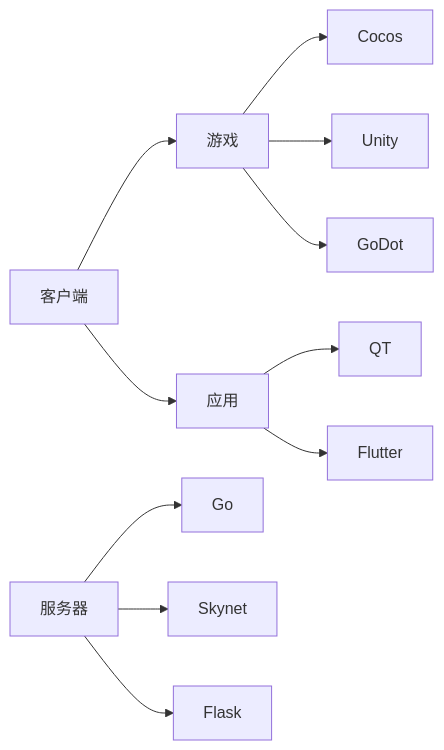
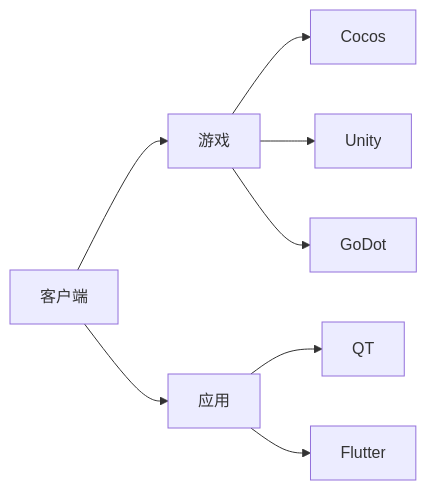
One commit to wfxx/wfxx changed the diagram in README.md. Above: the diagram before and after it, drawn with Mermaid. The commit also changed other lines of this file, not shown here.

````diff
--- a/README.md
+++ b/README.md
@@ -3,13 +3,10 @@
 ```mermaid
 graph LR
 客户端-->游戏
 游戏-->Cocos
 游戏-->Unity
 游戏-->GoDot
 客户端-->应用
 应用-->QT
 应用-->Flutter
-服务器-->Go
-服务器-->Skynet
-服务器-->Flask
 ```
````
